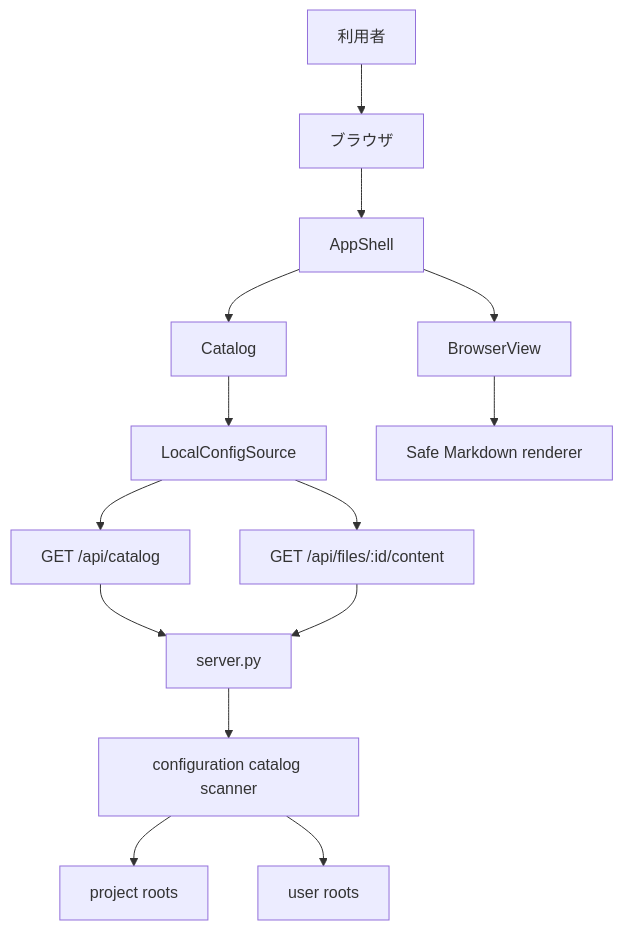
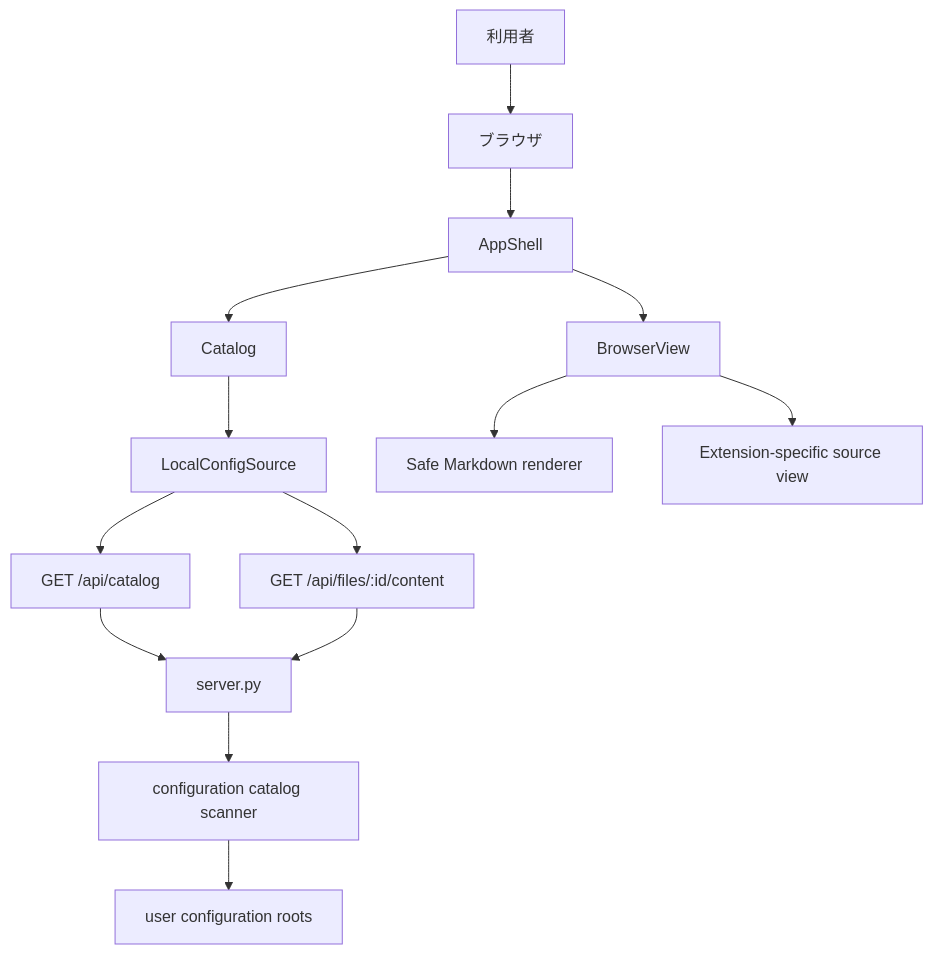
One commit to xzyozi/agent-config-viewer changed the diagram in docs/design/ACV-BD-001_基本設計書.md. Above: the diagram before and after it, drawn with Mermaid. The commit also changed other lines of this file and 6 other files, not shown here.

````diff
--- a/docs/design/ACV-BD-001_基本設計書.md
+++ b/docs/design/ACV-BD-001_基本設計書.md
@@ -36,16 +36,16 @@
 ```mermaid
 flowchart TD
     User[利用者] --> Browser[ブラウザ]
     Browser --> AppShell[AppShell]
     AppShell --> Catalog[Catalog]
     Catalog --> Source[LocalConfigSource]
     Source --> CatalogApi[GET /api/catalog]
     Source --> ContentApi[GET /api/files/:id/content]
     CatalogApi --> Server[server.py]
     ContentApi --> Server
     Server --> Scanner[configuration catalog scanner]
-    Scanner --> ProjectRoots[project roots]
-    Scanner --> UserRoots[user roots]
+    Scanner --> UserRoots[user configuration roots]
     AppShell --> View[BrowserView]
     View --> Markdown[Safe Markdown renderer]
+    View --> SourceView[Extension-specific source view]
 ```
````
